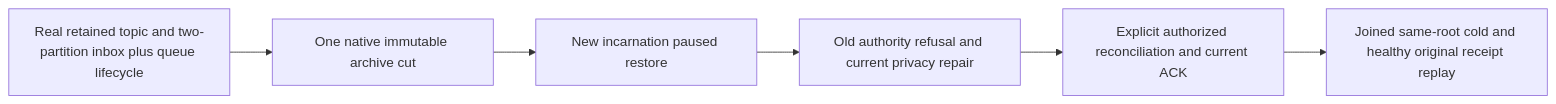
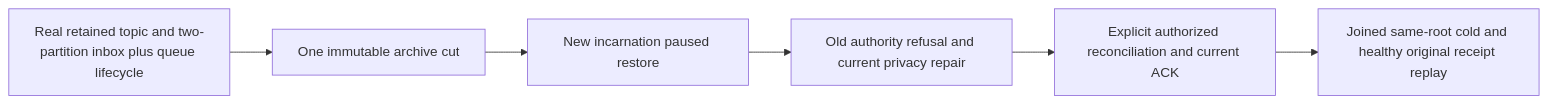
Before and after one commit to managedcode/KeyLoad: the third of 13 diagrams in docs/Features/BackupRestore.md, drawn with Mermaid. The commit also changed other lines of this file and 9016 other files, not shown here.

````diff
--- a/docs/Features/BackupRestore.md
+++ b/docs/Features/BackupRestore.md
@@ -205,8 +205,8 @@
 ```mermaid
 flowchart LR
-  A[Real retained topic and two-partition inbox plus queue lifecycle] --> B[One native immutable archive cut]
+  A[Real retained topic and two-partition inbox plus queue lifecycle] --> B[One immutable archive cut]
   B --> C[New incarnation paused restore]
   C --> D[Old authority refusal and current privacy repair]
   D --> E[Explicit authorized reconciliation and current ACK]
   E --> F[Joined same-root cold and healthy original receipt replay]
 ```
````
